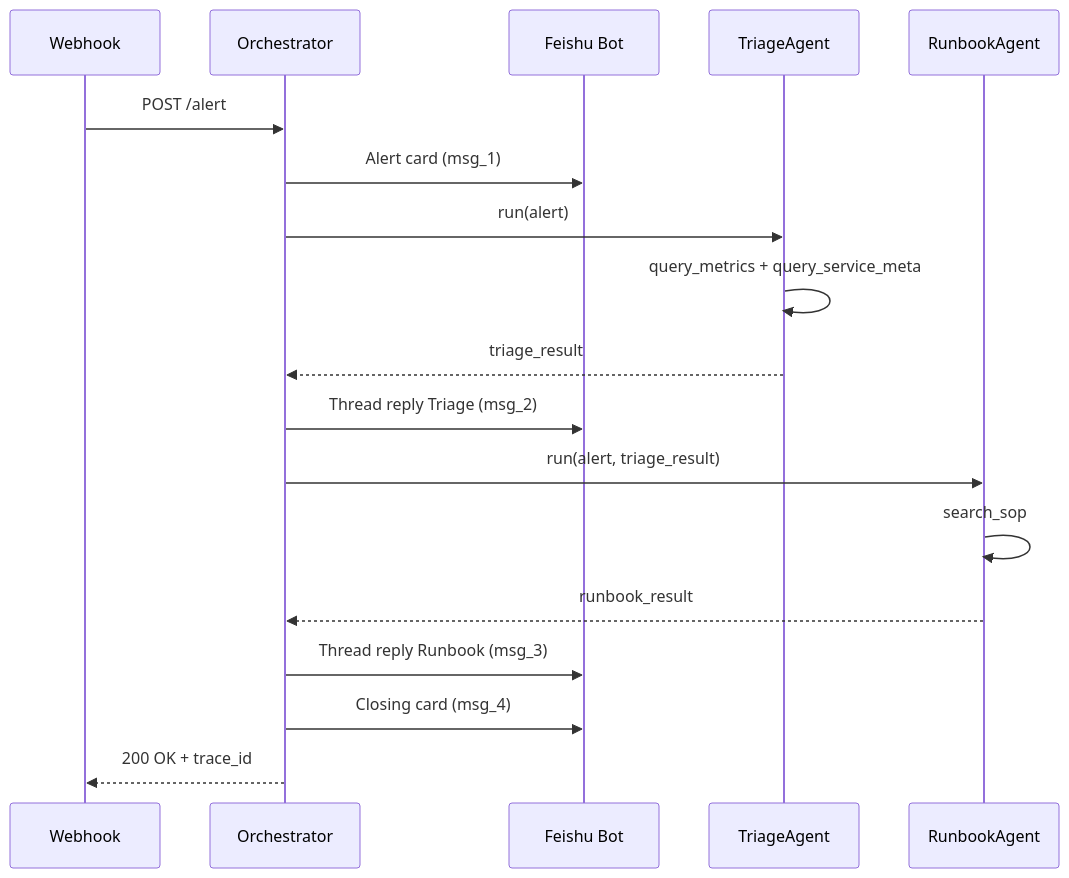
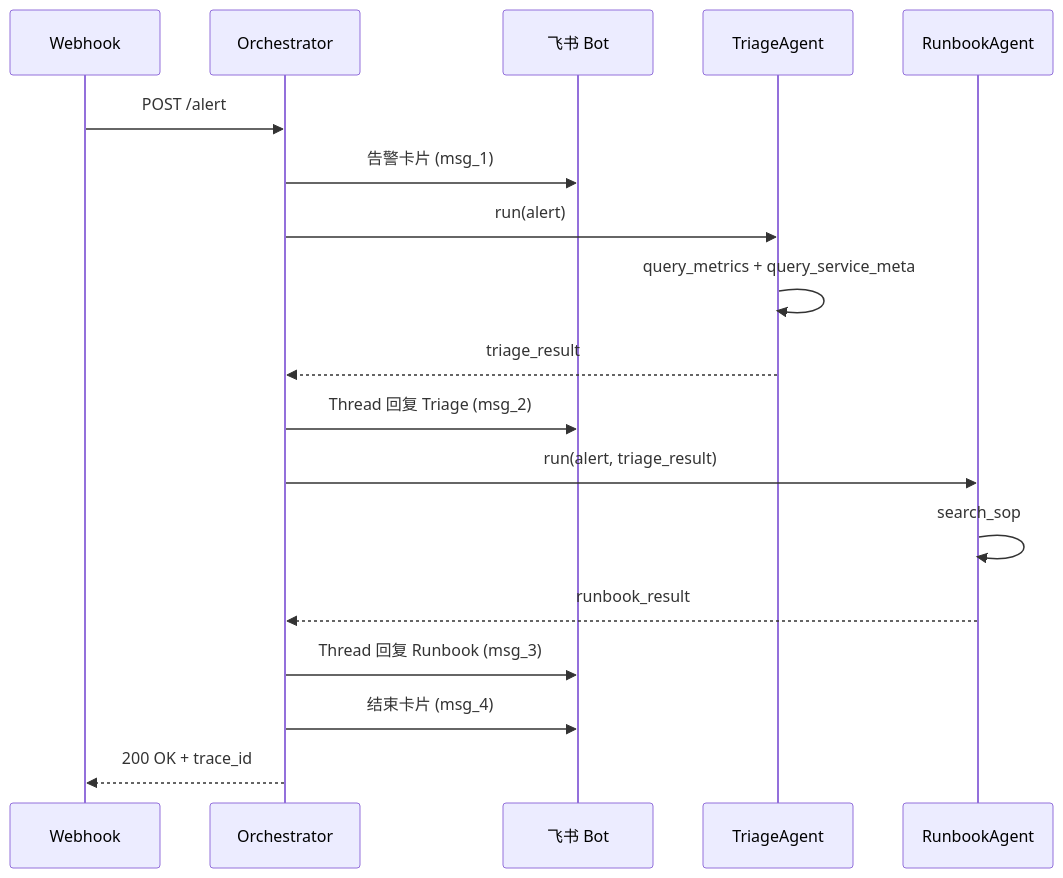
The second of 2 diagrams in docs/superpowers/specs/2026-06-27-coagent-design.md (lurui1997/coagent), drawn with Mermaid before and after one commit. The commit also changed other lines of this file and 3 other files, not shown here.

````diff
--- a/docs/superpowers/specs/2026-06-27-coagent-design.md
+++ b/docs/superpowers/specs/2026-06-27-coagent-design.md
@@ -299,21 +301,21 @@
 ```mermaid
 sequenceDiagram
     participant W as Webhook
     participant O as Orchestrator
-    participant F as Feishu Bot
+    participant F as 飞书 Bot
     participant T as TriageAgent
     participant R as RunbookAgent
 
     W->>O: POST /alert
-    O->>F: Alert card (msg_1)
+    O->>F: 告警卡片 (msg_1)
     O->>T: run(alert)
     T->>T: query_metrics + query_service_meta
     T-->>O: triage_result
-    O->>F: Thread reply Triage (msg_2)
+    O->>F: Thread 回复 Triage (msg_2)
     O->>R: run(alert, triage_result)
     R->>R: search_sop
     R-->>O: runbook_result
-    O->>F: Thread reply Runbook (msg_3)
-    O->>F: Closing card (msg_4)
+    O->>F: Thread 回复 Runbook (msg_3)
+    O->>F: 结束卡片 (msg_4)
     O-->>W: 200 OK + trace_id
 ```
````
